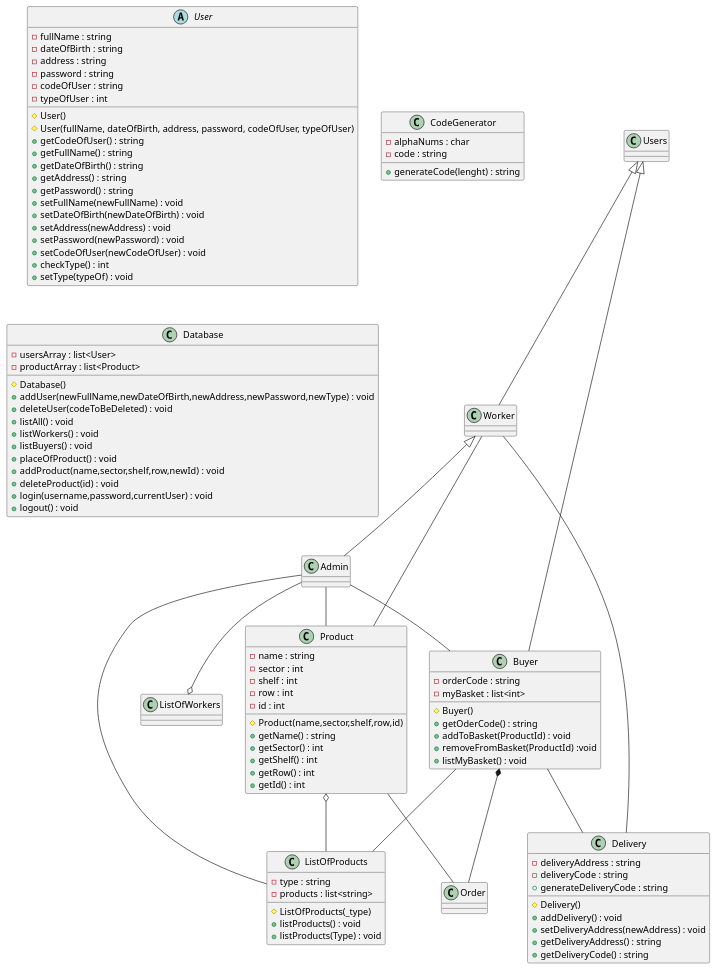
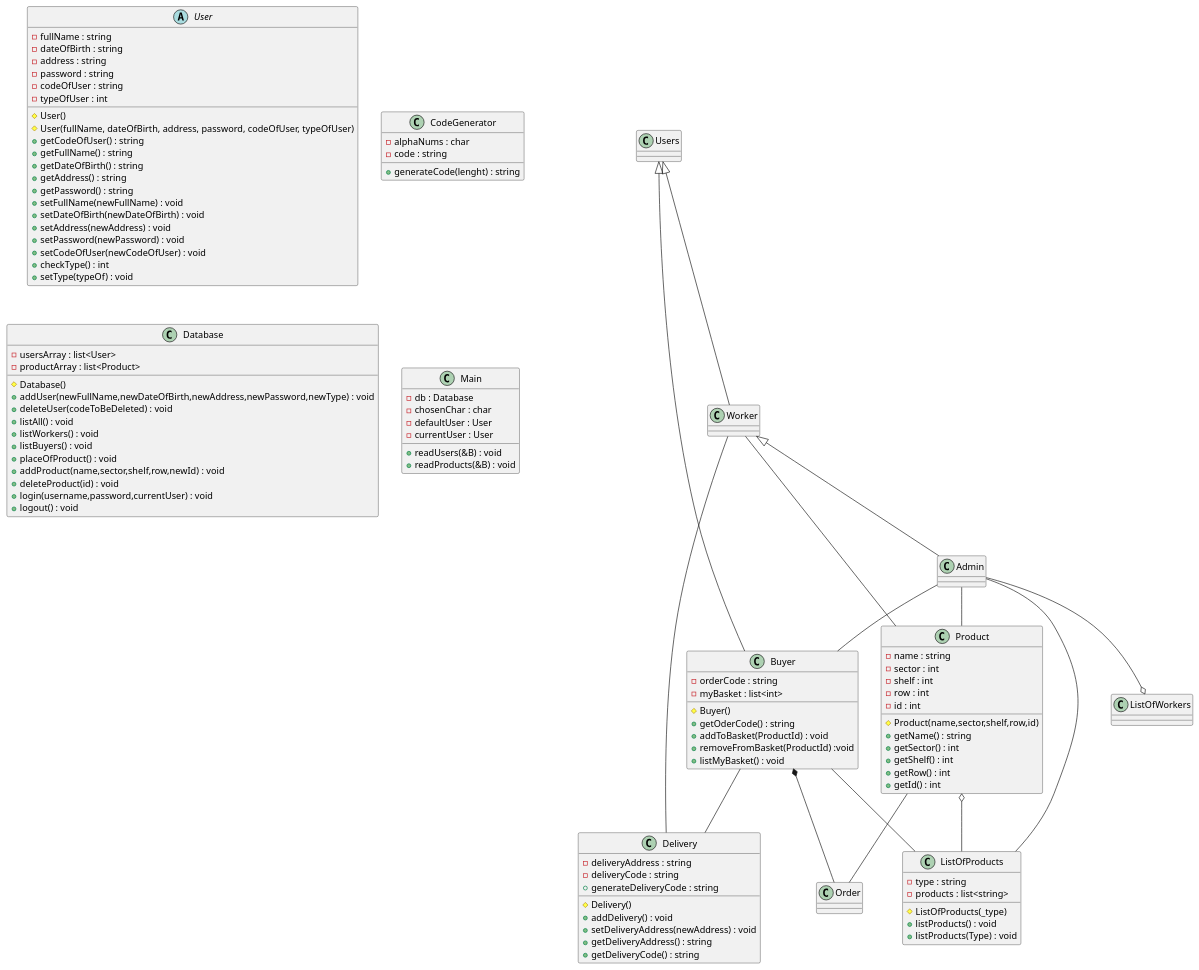
The diagram in classmeghatarozas.wsd (Leves01/Szoftvertechnologia), drawn with PlantUML before and after one commit.

```diff
--- a/classmeghatarozas.wsd
+++ b/classmeghatarozas.wsd
@@ -1,120 +1,129 @@
 @startuml Class_meghatarozas
 'Classok a programon belül
 
 abstract class User {
     -fullName : string
     -dateOfBirth : string
     -address : string
     -password : string
     -codeOfUser : string
 	-typeOfUser : int
 	#User()
 	#User(fullName, dateOfBirth, address, password, codeOfUser, typeOfUser)
 	+getCodeOfUser() : string
     +getFullName() : string
     +getDateOfBirth() : string
     +getAddress() : string
 	+getPassword() : string
     +setFullName(newFullName) : void
     +setDateOfBirth(newDateOfBirth) : void
     +setAddress(newAddress) : void
     +setPassword(newPassword) : void
 	+setCodeOfUser(newCodeOfUser) : void
 	+checkType() : int
 	+setType(typeOf) : void
 }
 
 class Buyer {
     -orderCode : string
 	-myBasket : list<int>
 	#Buyer()
     +getOderCode() : string
     +addToBasket(ProductId) : void
     +removeFromBasket(ProductId) :void
     +listMyBasket() : void
 }  
 
 class Product {
     -name : string
     -sector : int
     -shelf : int
     -row : int
     -id : int
     #Product(name,sector,shelf,row,id)
     +getName() : string
     +getSector() : int
     +getShelf() : int
     +getRow() : int 
     +getId() : int
 }
 
 
 class ListOfProducts {
     -type : string
 	-products : list<string>
 	#ListOfProducts(_type)
     +listProducts() : void
     +listProducts(Type) : void
 }
 
 class Delivery {
     - deliveryAddress : string
     - deliveryCode : string
 	#Delivery()
     +addDelivery() : void
 	+setDeliveryAddress(newAddress) : void
     +generateDeliveryCode : string
     +getDeliveryAddress() : string
     +getDeliveryCode() : string
 }
 
 class CodeGenerator {
 	-alphaNums : char
 	-code : string
 	+generateCode(lenght) : string
 }
 
 class Database {
 	-usersArray : list<User>
 	-productArray : list<Product>
 	#Database()
 	+addUser(newFullName,newDateOfBirth,newAddress,newPassword,newType) : void
 	+deleteUser(codeToBeDeleted) : void
 	+listAll() : void
 	+listWorkers() : void
 	+listBuyers() : void
 	+placeOfProduct() : void
 	+addProduct(name,sector,shelf,row,newId) : void
 	+deleteProduct(id) : void
 	+login(username,password,currentUser) : void
 	+logout() : void
 }
 
+class Main {
+	+readUsers(&B) : void
+	+readProducts(&B) : void
+	-db : Database
+	-chosenChar : char
+	-defaultUser : User
+	-currentUser : User
+}
+
 
 ' Kapcsolodasok a classok kozott
 
 
 Users <|-- Worker
 Users <|-- Buyer
 Worker <|-- Admin
 
 'Admin -- Worker
 Admin -- Buyer
 Admin -- Product
 Admin -- ListOfProducts
 Admin --o ListOfWorkers
 
 Product o-- ListOfProducts
 
 
 Buyer -- ListOfProducts
 Buyer *-- Order
 Buyer -- Delivery
 
 
 Product -- Order
 
 Worker -- Delivery
 
 Worker -- Product
 @enduml
```
